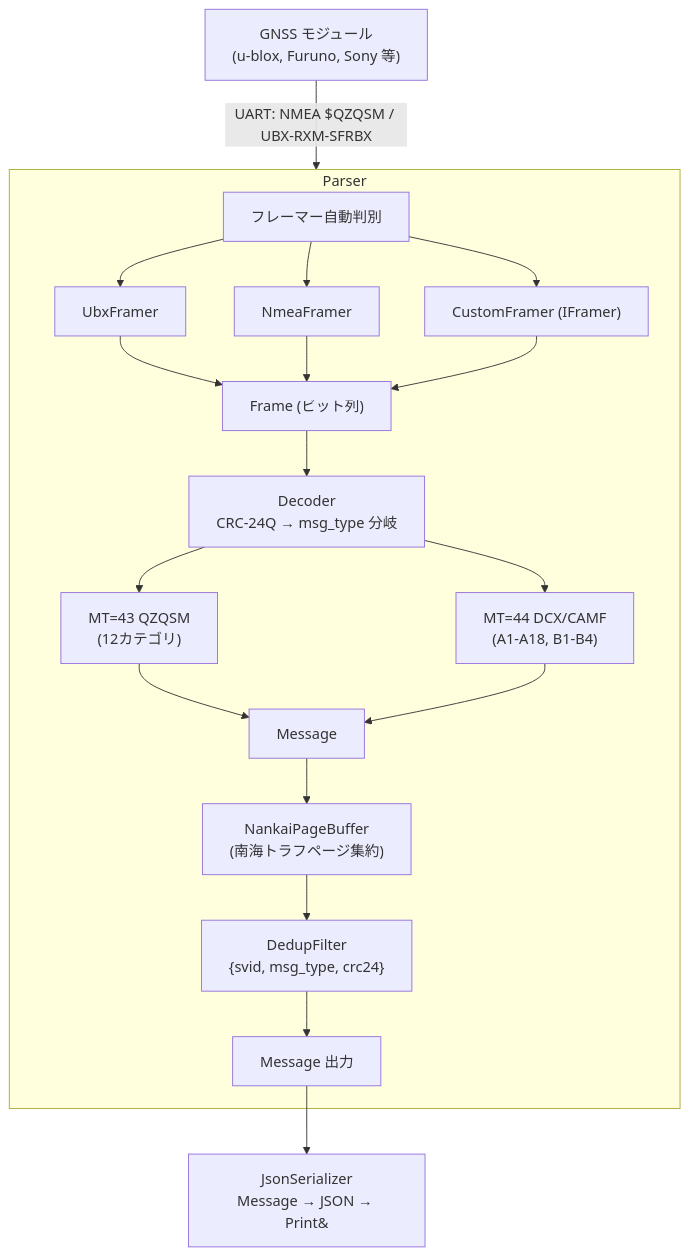
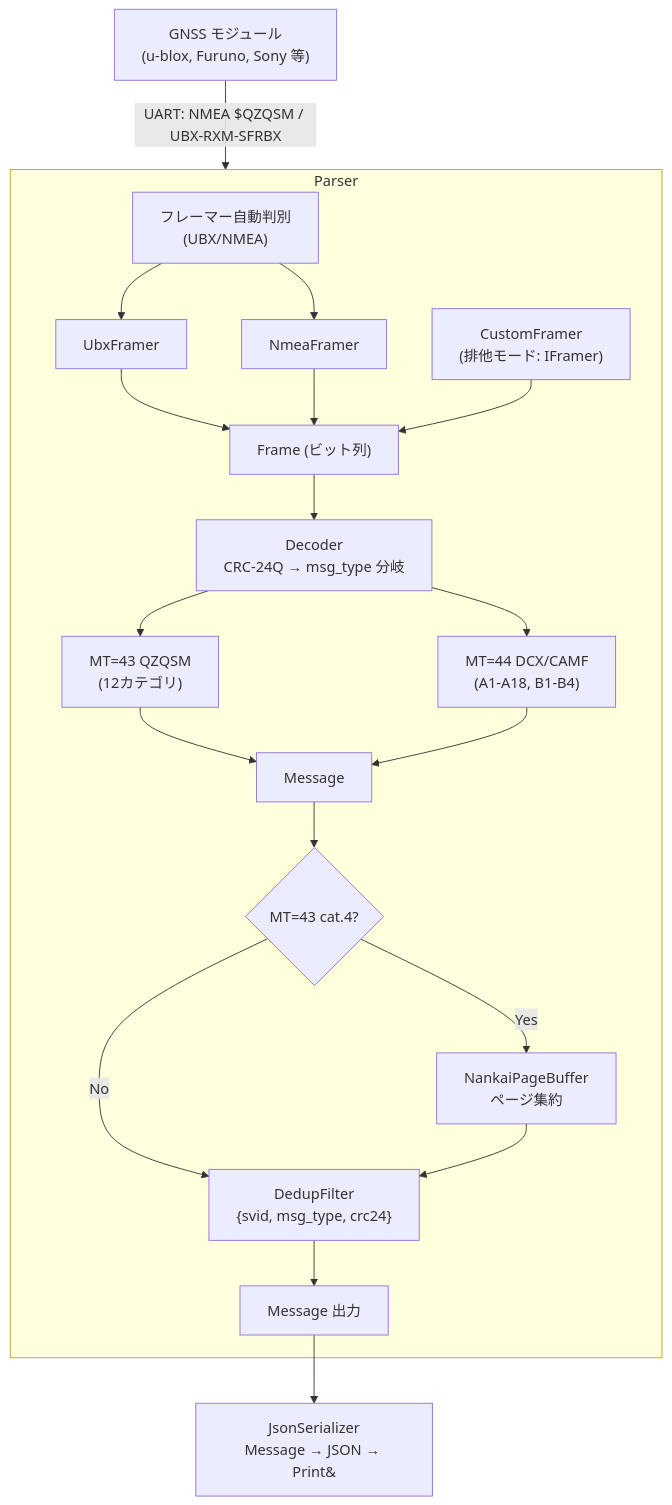
The first of 3 diagrams in docs/architecture.md (A-vrice/azaraC), drawn with Mermaid before and after one commit. The commit also changed other lines of this file and 1 other file, not shown here.

Commit message:
docs: CodeRabbit レビュー対応
- architecture.md: CustomFramer を排他経路として分離
- architecture.md: NankaiPageBuffer に MT=43 cat.4 条件分岐を追加
- README.md: 未申請注記をパッケージマネージャーのみに限定

````diff
--- a/docs/architecture.md
+++ b/docs/architecture.md
@@ -11,31 +11,32 @@
 ```mermaid
 graph TD
     GNSS["GNSS モジュール<br/>(u-blox, Furuno, Sony 等)"]
     GNSS -->|"UART: NMEA $QZQSM / UBX-RXM-SFRBX"| Parser
 
     subgraph Parser
-        FramerAuto["フレーマー自動判別"]
+        FramerAuto["フレーマー自動判別<br/>(UBX/NMEA)"]
         UBX["UbxFramer"]
         NMEA["NmeaFramer"]
-        Custom["CustomFramer (IFramer)"]
+        FramerAuto --> UBX
+        FramerAuto --> NMEA
+        Custom["CustomFramer<br/>(排他モード: IFramer)"]
         UBX --> Frame
         NMEA --> Frame
         Custom --> Frame
-        FramerAuto --> UBX
-        FramerAuto --> NMEA
-        FramerAuto --> Custom
         Frame["Frame (ビット列)"]
         Frame --> Decoder
         Decoder["Decoder<br/>CRC-24Q → msg_type 分岐"]
         Decoder --> MT43["MT=43 QZQSM<br/>(12カテゴリ)"]
         Decoder --> MT44["MT=44 DCX/CAMF<br/>(A1-A18, B1-B4)"]
         MT43 --> Msg["Message"]
         MT44 --> Msg
-        Msg --> Nankai["NankaiPageBuffer<br/>(南海トラフページ集約)"]
-        Nankai --> Dedup["DedupFilter<br/>{svid, msg_type, crc24}"]
+        Msg --> Nankai{"MT=43 cat.4?"}
+        Nankai -->|"Yes"| NankaiBuf["NankaiPageBuffer<br/>ページ集約"]
+        Nankai -->|"No"| Dedup["DedupFilter<br/>{svid, msg_type, crc24}"]
+        NankaiBuf --> Dedup
         Dedup --> Out["Message 出力"]
     end
 
     Out --> Serializer
     Serializer["JsonSerializer<br/>Message → JSON → Print&"]
 ```
````
